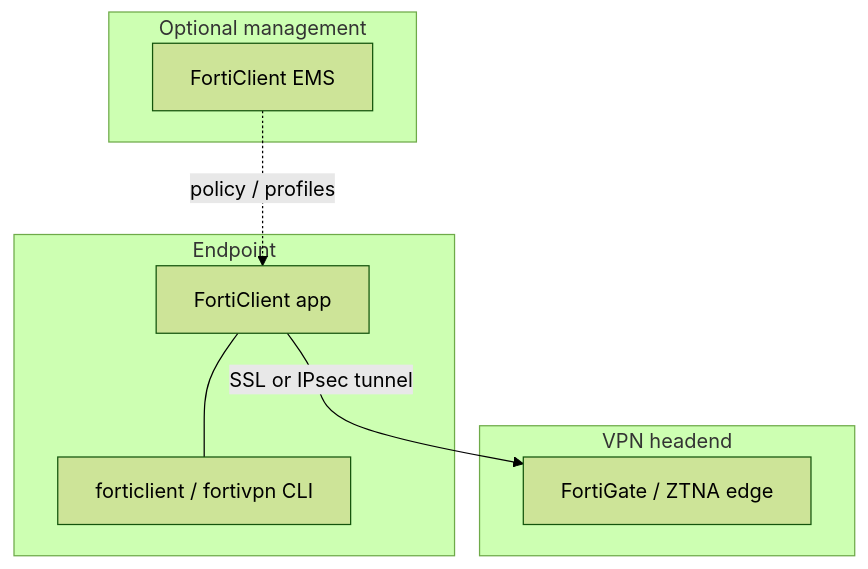
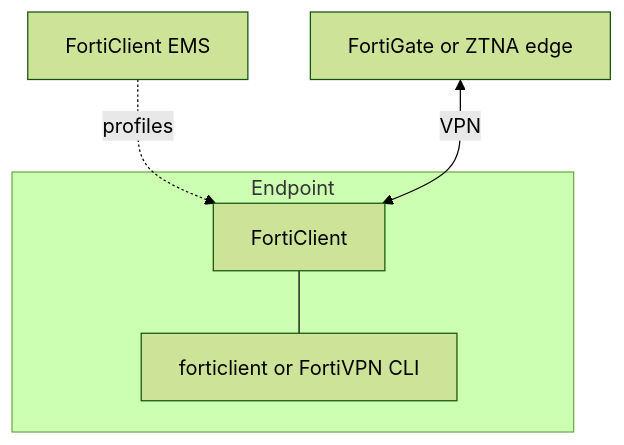
Before and after one commit to roto31/Tunnel-Monitor---Universal: the first of 4 diagrams in docs/vpn-solutions/fortinet-forticlient.md, drawn with Mermaid (forest theme). The commit also changed other lines of this file and 22 other files, not shown here.

````diff
--- a/docs/vpn-solutions/fortinet-forticlient.md
+++ b/docs/vpn-solutions/fortinet-forticlient.md
@@ -29,16 +27,10 @@
 ```mermaid
 flowchart TB
     subgraph endpoint [Endpoint]
-        FC[FortiClient app]
-        FCLI[forticlient / fortivpn CLI]
+        FC[FortiClient]
+        FCLI[forticlient or FortiVPN CLI]
         FC --- FCLI
     end
-    subgraph mgmt [Optional management]
-        EMS[FortiClient EMS]
-    end
-    subgraph vpn [VPN headend]
-        FGT[FortiGate / ZTNA edge]
-    end
-    EMS -.->|policy / profiles| FC
-    FC -->|SSL or IPsec tunnel| FGT
+    EMS[FortiClient EMS] -.->|profiles| FC
+    FGT[FortiGate or ZTNA edge] <-->|VPN| FC
 ```
````
